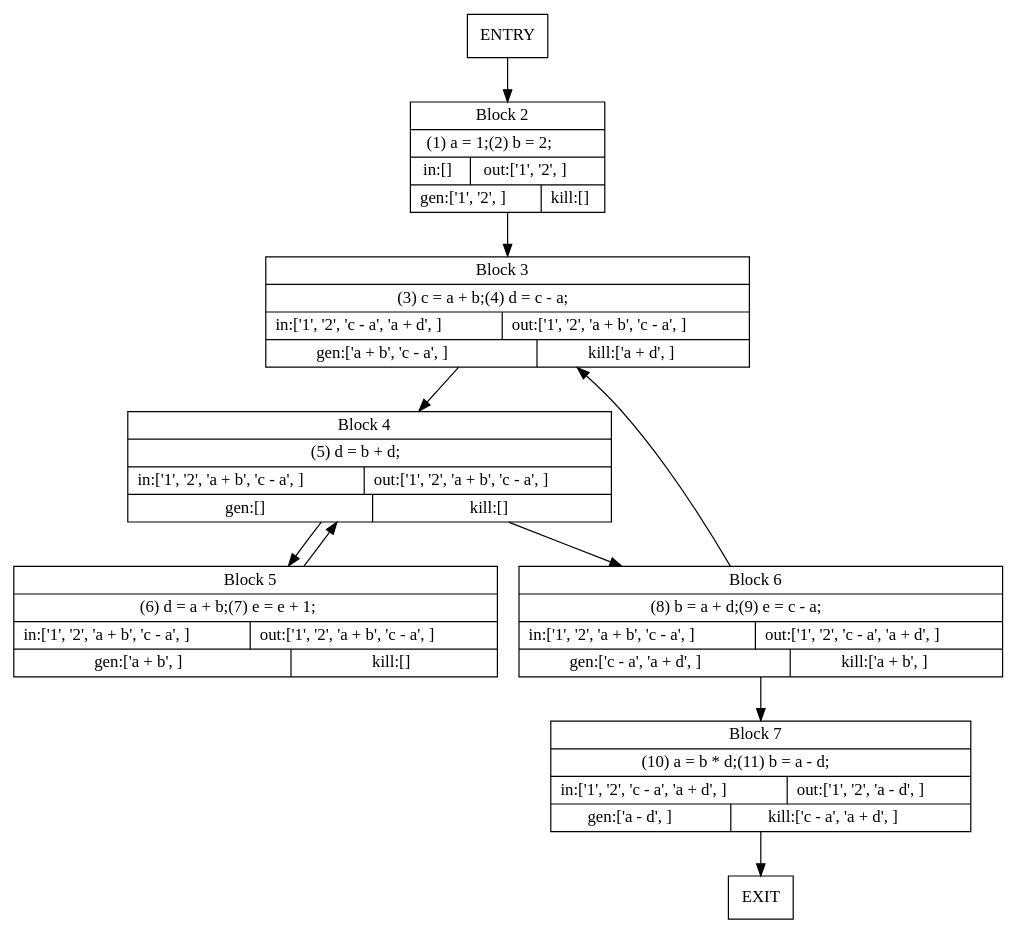
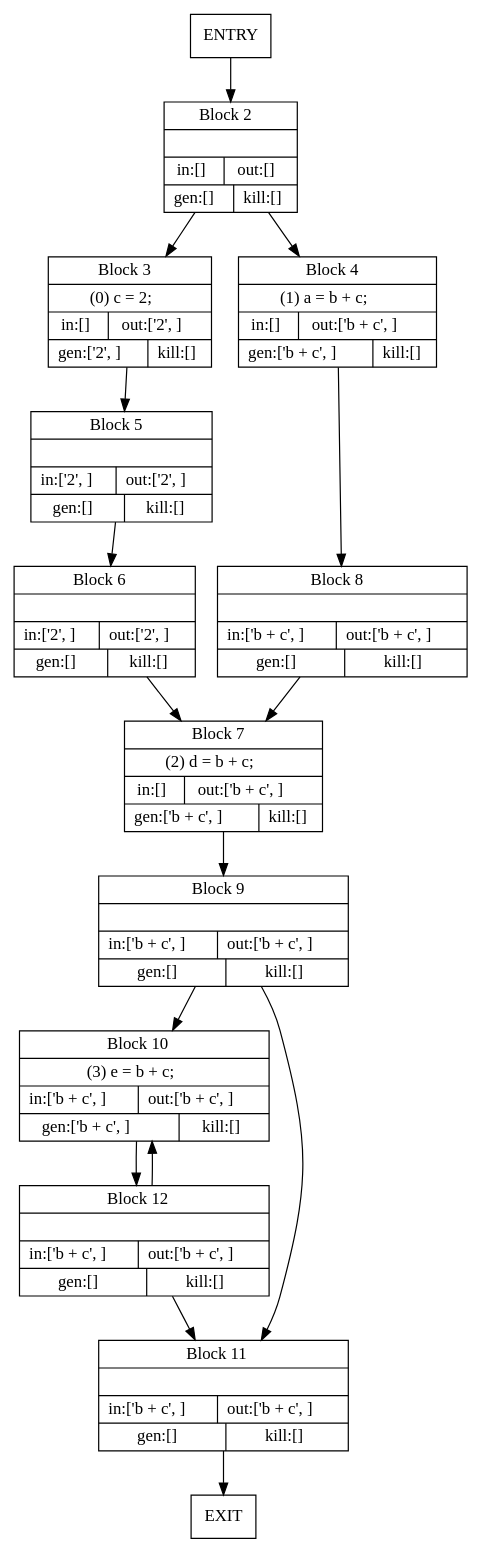
One commit to 0Marble/dataflow_in_zig changed the diagram in ae.dot. Above: the diagram before and after it, drawn with Graphviz. The commit also changed 14 other files, not shown here.

```diff
--- a/ae.dot
+++ b/ae.dot
@@ -1,20 +1,31 @@
 digraph {
 node [shape=record];
 0 [label="ENTRY"];
 1 [label="EXIT"];
-2 [label=<{Block 2|(1) a = 1;(2) b = 2;|{in:[]|out:['1', '2', ]}|{gen:['1', '2', ]|kill:[]}}>];
-3 [label=<{Block 3|(3) c = a + b;(4) d = c - a;|{in:['1', '2', 'c - a', 'a + d', ]|out:['1', '2', 'a + b', 'c - a', ]}|{gen:['a + b', 'c - a', ]|kill:['a + d', ]}}>];
-4 [label=<{Block 4|(5) d = b + d;|{in:['1', '2', 'a + b', 'c - a', ]|out:['1', '2', 'a + b', 'c - a', ]}|{gen:[]|kill:[]}}>];
-5 [label=<{Block 5|(6) d = a + b;(7) e = e + 1;|{in:['1', '2', 'a + b', 'c - a', ]|out:['1', '2', 'a + b', 'c - a', ]}|{gen:['a + b', ]|kill:[]}}>];
-6 [label=<{Block 6|(8) b = a + d;(9) e = c - a;|{in:['1', '2', 'a + b', 'c - a', ]|out:['1', '2', 'c - a', 'a + d', ]}|{gen:['c - a', 'a + d', ]|kill:['a + b', ]}}>];
-7 [label=<{Block 7|(10) a = b * d;(11) b = a - d;|{in:['1', '2', 'c - a', 'a + d', ]|out:['1', '2', 'a - d', ]}|{gen:['a - d', ]|kill:['c - a', 'a + d', ]}}>];
+2 [label=<{Block 2||{in:[]|out:[]}|{gen:[]|kill:[]}}>];
+3 [label=<{Block 3|(0) c = 2;|{in:[]|out:['2', ]}|{gen:['2', ]|kill:[]}}>];
+4 [label=<{Block 4|(1) a = b + c;|{in:[]|out:['b + c', ]}|{gen:['b + c', ]|kill:[]}}>];
+5 [label=<{Block 5||{in:['2', ]|out:['2', ]}|{gen:[]|kill:[]}}>];
+6 [label=<{Block 6||{in:['2', ]|out:['2', ]}|{gen:[]|kill:[]}}>];
+7 [label=<{Block 7|(2) d = b + c;|{in:[]|out:['b + c', ]}|{gen:['b + c', ]|kill:[]}}>];
+8 [label=<{Block 8||{in:['b + c', ]|out:['b + c', ]}|{gen:[]|kill:[]}}>];
+9 [label=<{Block 9||{in:['b + c', ]|out:['b + c', ]}|{gen:[]|kill:[]}}>];
+10 [label=<{Block 10|(3) e = b + c;|{in:['b + c', ]|out:['b + c', ]}|{gen:['b + c', ]|kill:[]}}>];
+11 [label=<{Block 11||{in:['b + c', ]|out:['b + c', ]}|{gen:[]|kill:[]}}>];
+12 [label=<{Block 12||{in:['b + c', ]|out:['b + c', ]}|{gen:[]|kill:[]}}>];
 0 -> 2;
 2 -> 3;
-3 -> 4;
-4 -> 5;
-4 -> 6;
-5 -> 4;
-6 -> 3;
+2 -> 4;
+3 -> 5;
+4 -> 8;
+5 -> 6;
 6 -> 7;
-7 -> 1;
+7 -> 9;
+8 -> 7;
+9 -> 10;
+9 -> 11;
+10 -> 12;
+11 -> 1;
+12 -> 10;
+12 -> 11;
 }
```
